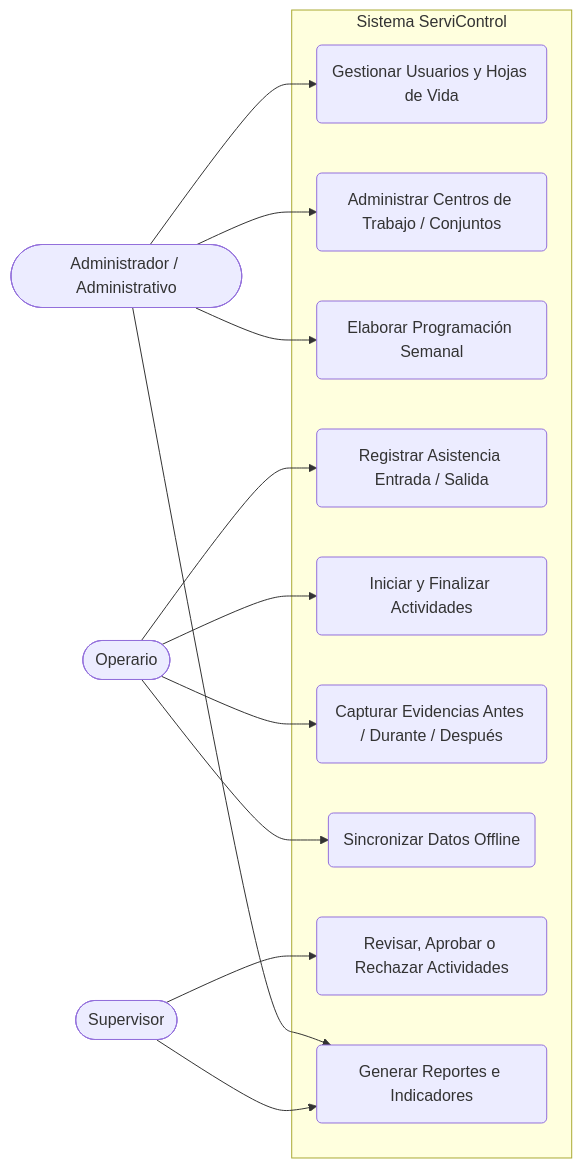
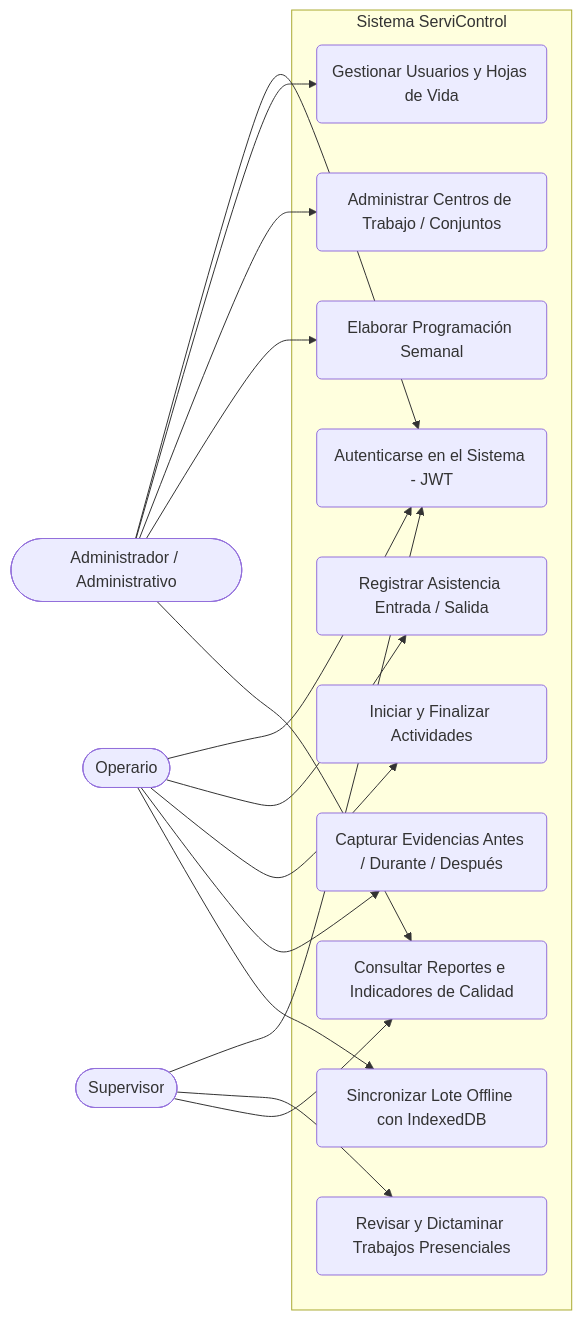
Before and after one commit to mabel289/servicontrol: the first of 4 diagrams in docs/ARQUITECTURA.md, drawn with Mermaid. The commit also changed other lines of this file and 5 other files, not shown here.

````diff
--- a/docs/ARQUITECTURA.md
+++ b/docs/ARQUITECTURA.md
@@ -29,31 +29,35 @@
 ```mermaid
 flowchart LR
     Admin([Administrador / Administrativo])
     Operario([Operario])
     Supervisor([Supervisor])
 
     subgraph ServiControl["Sistema ServiControl"]
-        CU1(Gestionar Usuarios y Hojas de Vida)
-        CU2(Administrar Centros de Trabajo / Conjuntos)
-        CU3(Elaborar Programación Semanal)
-        CU4(Registrar Asistencia Entrada / Salida)
-        CU5(Iniciar y Finalizar Actividades)
-        CU6(Capturar Evidencias Antes / Durante / Después)
-        CU7(Sincronizar Datos Offline)
-        CU8(Revisar, Aprobar o Rechazar Actividades)
-        CU9(Generar Reportes e Indicadores)
+        CU1(Autenticarse en el Sistema - JWT)
+        CU2(Gestionar Usuarios y Hojas de Vida)
+        CU3(Administrar Centros de Trabajo / Conjuntos)
+        CU4(Elaborar Programación Semanal)
+        CU5(Registrar Asistencia Entrada / Salida)
+        CU6(Iniciar y Finalizar Actividades)
+        CU7(Capturar Evidencias Antes / Durante / Después)
+        CU8(Sincronizar Lote Offline con IndexedDB)
+        CU9(Revisar y Dictaminar Trabajos Presenciales)
+        CU10(Consultar Reportes e Indicadores de Calidad)
     end
 
     Admin --> CU1
     Admin --> CU2
     Admin --> CU3
-    Admin --> CU9
+    Admin --> CU4
+    Admin --> CU10
 
-    Operario --> CU4
+    Operario --> CU1
     Operario --> CU5
     Operario --> CU6
     Operario --> CU7
+    Operario --> CU8
 
-    Supervisor --> CU8
+    Supervisor --> CU1
     Supervisor --> CU9
+    Supervisor --> CU10
 ```
````
